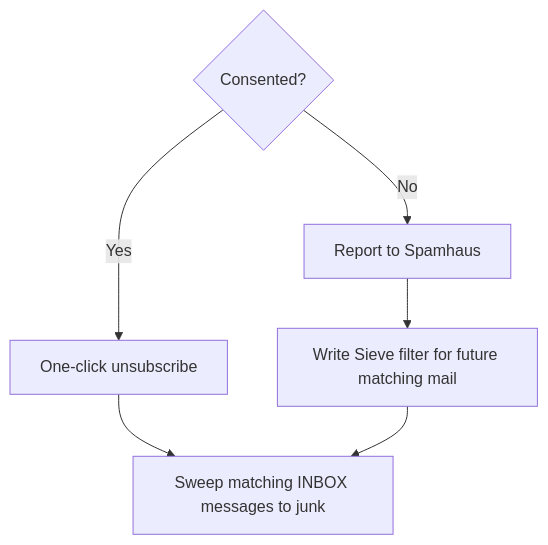
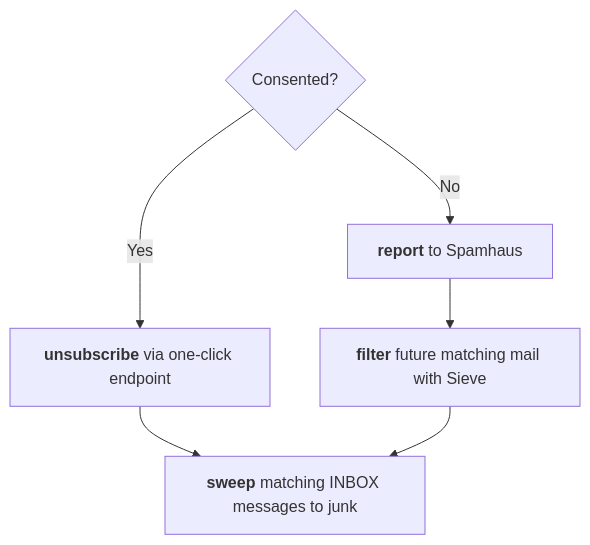
Before and after one commit to biobuddies/spamhammer: the diagram in README.md, drawn with Mermaid.

Commit message:
Highlight management verbs in the workflow diagram

````diff
--- a/README.md
+++ b/README.md
@@ -1,9 +1,9 @@
 ```mermaid
 flowchart TD
     consent{Consented?}
-    consent -->|Yes| unsubscribe[One-click unsubscribe]
-    consent -->|No| report[Report to Spamhaus]
-    unsubscribe --> sweep[Sweep matching INBOX messages to junk]
-    report --> sieve[Write Sieve filter for future matching mail]
-    sieve --> sweep
+    consent -->|Yes| unsubscribe["`**unsubscribe** via one-click endpoint`"]
+    consent -->|No| report["`**report** to Spamhaus`"]
+    unsubscribe --> sweep["`**sweep** matching INBOX messages to junk`"]
+    report --> filter["`**filter** future matching mail with Sieve`"]
+    filter --> sweep
 ```
````
